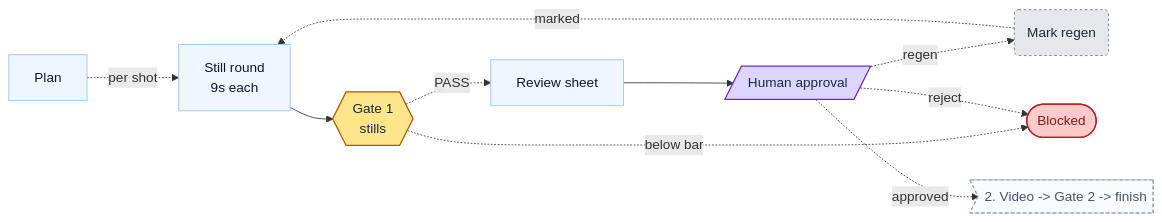
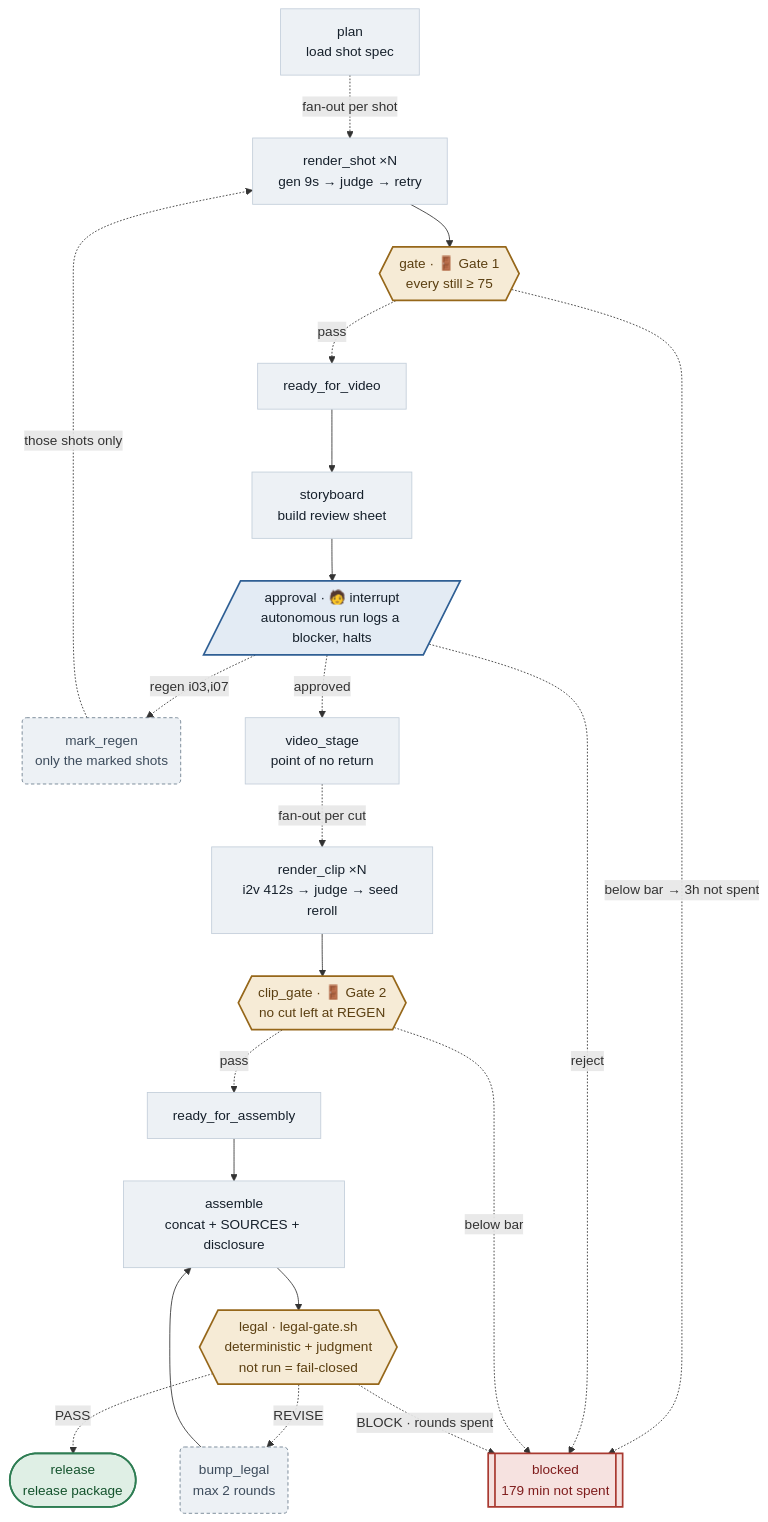
One commit to MelonS/MelonS-Agents changed the first of 3 diagrams in README.md. Above: the diagram before and after it, drawn with Mermaid. The commit also changed other lines of this file and 5 other files, not shown here.

First line of the commit message:
docs(readme): 구조도를 정보량 있는 세로형으로 재작성 + 실측 비용표 + 최신 쇼츠 GIF

````diff
--- a/README.md
+++ b/README.md
@@ -71,35 +81,54 @@
 ```mermaid
-flowchart LR
-  plan["Plan"]
-  render_shot["Still round<br/>9s each"]
-  gate{{"Gate 1<br/>stills"}}
-  storyboard["Review sheet"]
-  approval[/"Human approval"/]
-  mark_regen("Mark regen")
-  blocked(["Blocked"])
-  view1>"2. Video -> Gate 2 -> finish"]
+flowchart TD
+  plan["plan<br/>load shot spec"]
+  render_shot["render_shot ×N<br/>gen 9s → judge → retry"]
+  gate{{"gate · 🚪 Gate 1<br/>every still ≥ 75"}}
+  ready_for_video["ready_for_video"]
+  storyboard["storyboard<br/>build review sheet"]
+  approval[/"approval · 🧑 interrupt<br/>autonomous run logs a blocker, halts"/]
+  mark_regen("mark_regen<br/>only the marked shots")
+  video_stage["video_stage<br/>point of no return"]
+  render_clip["render_clip ×N<br/>i2v 412s → judge → seed reroll"]
+  clip_gate{{"clip_gate · 🚪 Gate 2<br/>no cut left at REGEN"}}
+  ready_for_assembly["ready_for_assembly"]
+  assemble["assemble<br/>concat + SOURCES + disclosure"]
+  legal{{"legal · legal-gate.sh<br/>deterministic + judgment<br/>not run = fail-closed"}}
+  bump_legal("bump_legal<br/>max 2 rounds")
+  release(["release<br/>release package"])
+  blocked[["blocked<br/>179 min not spent"]]
 
-  plan -. per shot .-> render_shot
+  plan -. "fan-out per shot" .-> render_shot
   render_shot --> gate
-  gate -. PASS .-> storyboard
-  gate -. below bar .-> blocked
+  gate -. "pass" .-> ready_for_video
+  gate -. "below bar → 3h not spent" .-> blocked
+  ready_for_video --> storyboard
   storyboard --> approval
-  approval -. regen .-> mark_regen
-  approval -. reject .-> blocked
-  mark_regen -. marked .-> render_shot
-  approval -. approved .-> view1
+  approval -. "regen i03,i07" .-> mark_regen
+  approval -. "approved" .-> video_stage
+  approval -. "reject" .-> blocked
+  mark_regen -. "those shots only" .-> render_shot
+  video_stage -. "fan-out per cut" .-> render_clip
+  render_clip --> clip_gate
+  clip_gate -. "pass" .-> ready_for_assembly
+  clip_gate -. "below bar" .-> blocked
+  ready_for_assembly --> assemble
+  assemble --> legal
+  legal -. "REVISE" .-> bump_legal
+  legal -. "PASS" .-> release
+  legal -. "BLOCK · rounds spent" .-> blocked
+  bump_legal --> assemble
 
-  classDef step fill:#eff6ff,stroke:#93c5fd,stroke-width:1px,color:#0f172a
-  classDef gate fill:#fde68a,stroke:#b45309,stroke-width:1.5px,color:#1f2937
-  classDef human fill:#ddd6fe,stroke:#6d28d9,stroke-width:1.5px,color:#1f2937
-  classDef retry fill:#e5e7eb,stroke:#6b7280,stroke-dasharray:3 3,color:#1f2937
-  classDef done fill:#bbf7d0,stroke:#15803d,stroke-width:1.5px,color:#14532d
-  classDef stop fill:#fecaca,stroke:#b91c1c,stroke-width:1.5px,color:#7f1d1d
-  class plan,render_shot,storyboard step
-  class gate gate
+  classDef step fill:#EDF1F5,stroke:#C3CEDA,stroke-width:1px,color:#16202B
+  classDef gate fill:#F6EBD6,stroke:#96671A,stroke-width:2px,color:#5B3F11
+  classDef mutex fill:#E3EBF4,stroke:#2F5F94,stroke-width:2px,color:#16202B
+  classDef human fill:#E3EBF4,stroke:#2F5F94,stroke-width:2px,color:#16202B
+  classDef retry fill:#EDF1F5,stroke:#6B7C8D,stroke-width:1px,stroke-dasharray:4 3,color:#3D4C5C
+  classDef done fill:#DFEFE5,stroke:#2E7D53,stroke-width:2px,color:#14532D
+  classDef stop fill:#F6E2E0,stroke:#A93A31,stroke-width:2px,color:#7F1D1D
+  class assemble,plan,ready_for_assembly,ready_for_video,render_clip,render_shot,storyboard,video_stage step
+  class clip_gate,gate,legal gate
   class approval human
-  class mark_regen retry
+  class bump_legal,mark_regen retry
+  class release done
   class blocked stop
-  classDef stub fill:#f8fafc,stroke:#94a3b8,stroke-dasharray:4 3,color:#475569
-  class view1 stub
 ```
````
